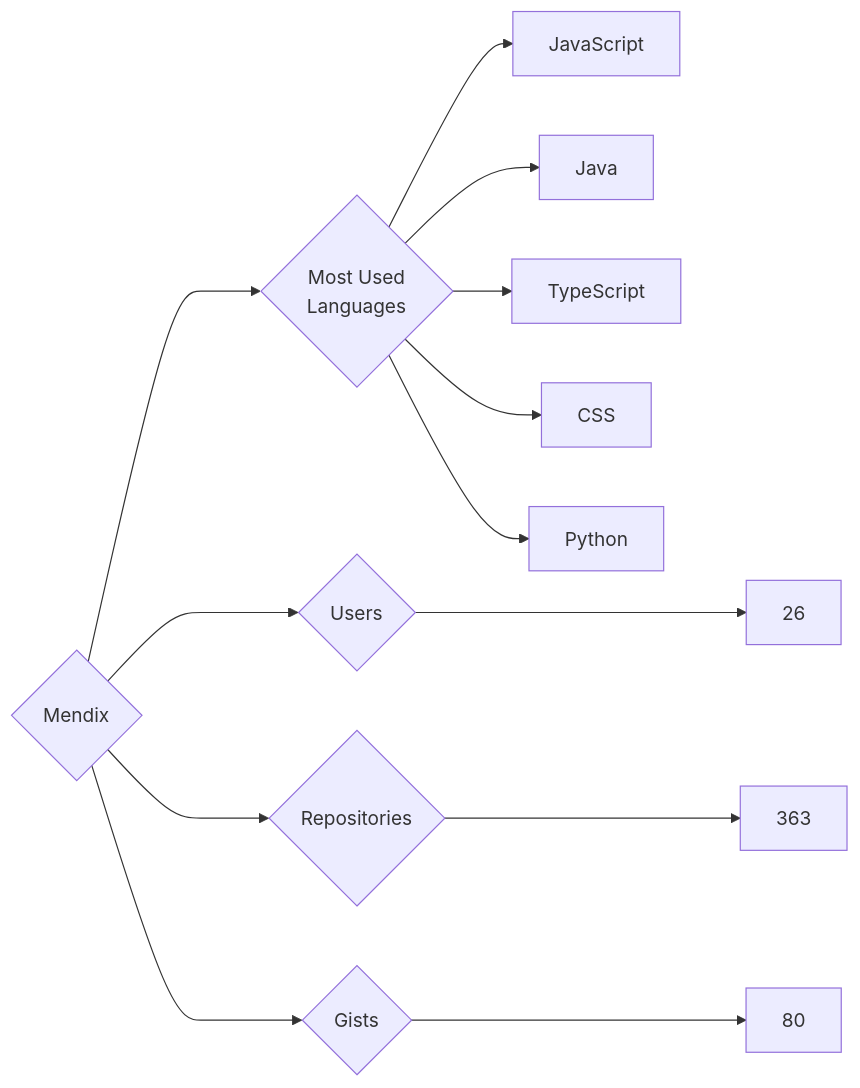
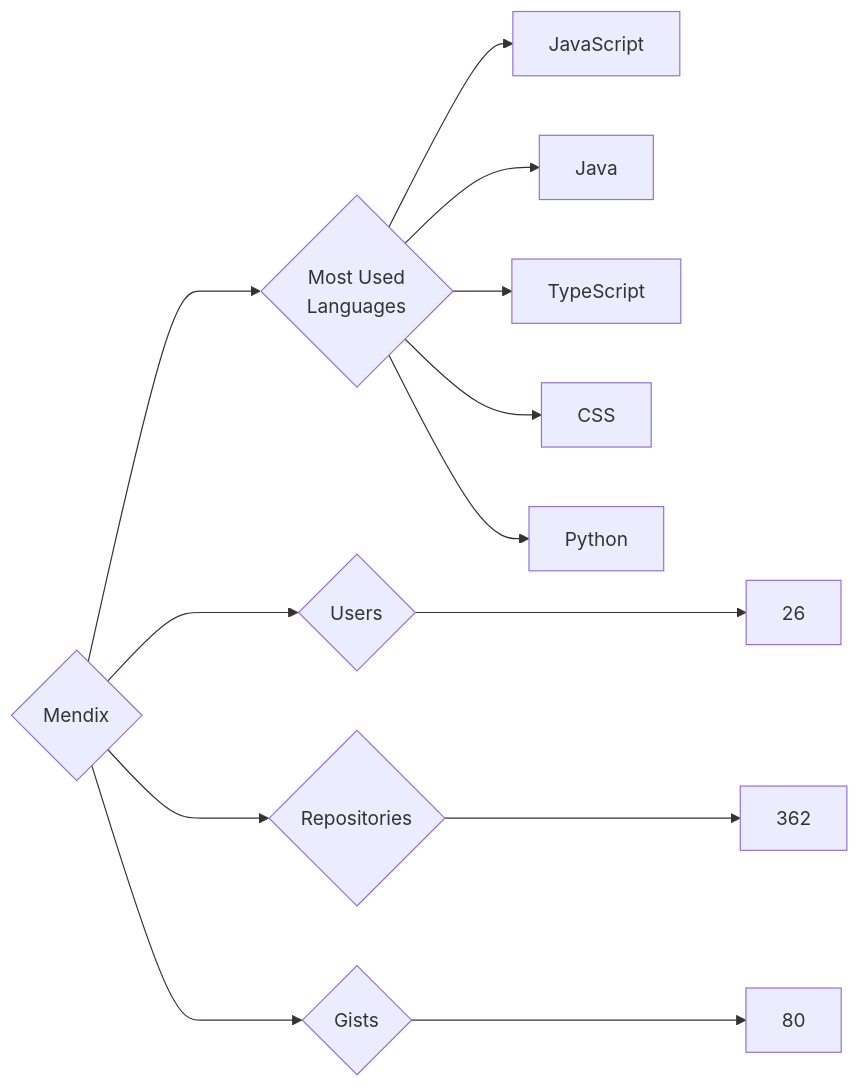
One commit to trickest/insiders changed the diagram in targets/Mendix/README.md. Above: the diagram before and after it, drawn with Mermaid. The commit also changed 1389 other files, not shown here.

````diff
--- a/targets/Mendix/README.md
+++ b/targets/Mendix/README.md
@@ -3,13 +3,13 @@
 ```mermaid
 graph LR
 COMPANY_NAME{Mendix}
 COMPANY_NAME ---> U{Users} ---> UN[26]
-COMPANY_NAME ---> R{Repositories} ---> RN[363]
+COMPANY_NAME ---> R{Repositories} ---> RN[362]
 COMPANY_NAME ---> G{Gists} ---> GN[80]
 COMPANY_NAME ---> ML{Most Used<br>Languages}
 ML --> JavaScript[JavaScript]
 ML --> Java[Java]
 ML --> TypeScript[TypeScript]
 ML --> CSS[CSS]
 ML --> Python[Python]
 ```
````
